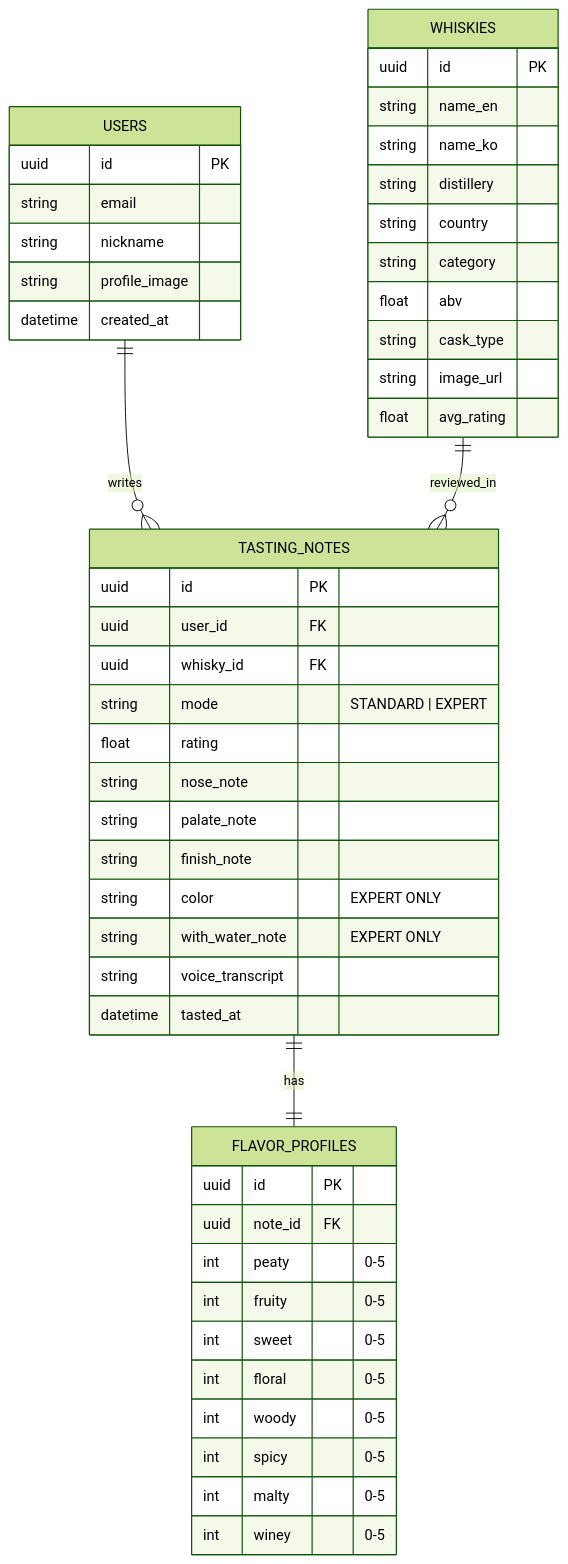
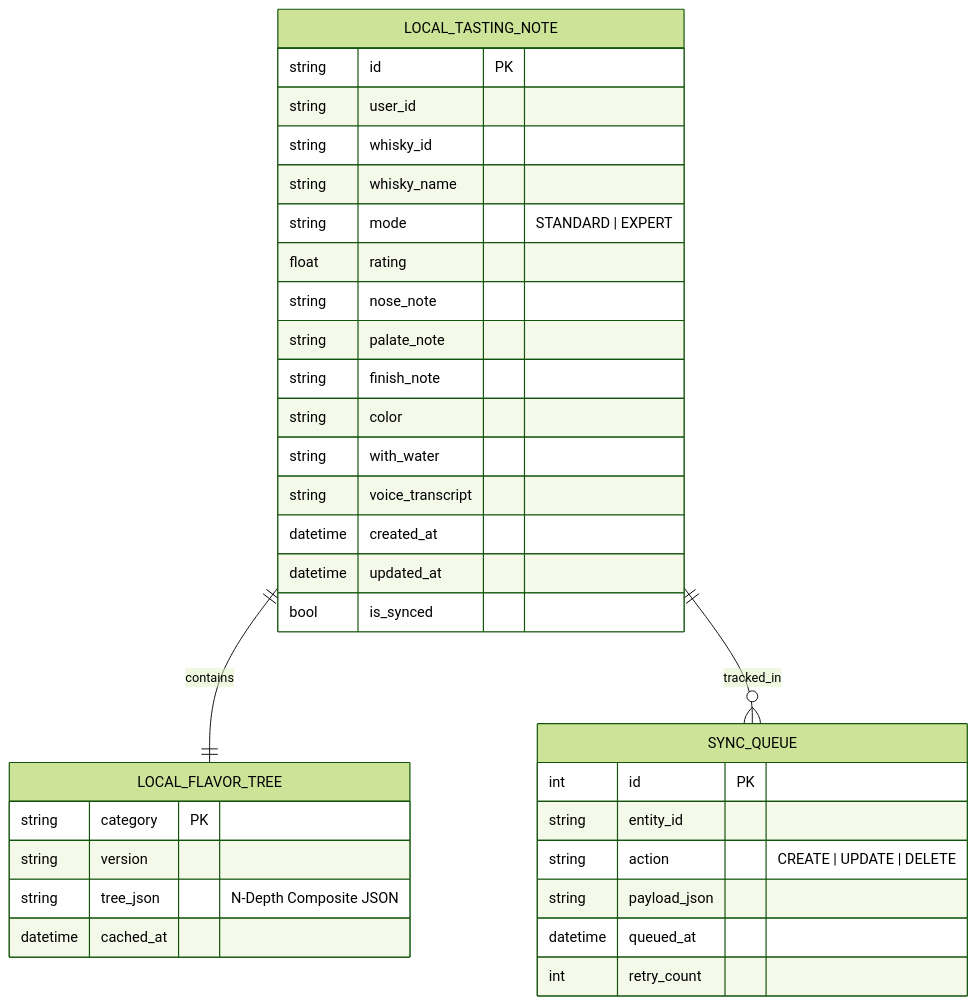
Before and after one commit to chanhooop/FlavorWheel: the fourth of 4 diagrams in README.md, drawn with Mermaid (forest theme). The commit also changed other lines of this file and 1 other file, not shown here.

Commit message:
feat: Offline-First 및 동적 N-Depth 향미 트리, 60fps 모션 시스템 설계서 및 프로토타입 반영

````diff
--- a/README.md
+++ b/README.md
@@ -164,55 +198,39 @@
 ```mermaid
 erDiagram
-    USERS ||--o{ TASTING_NOTES : writes
-    WHISKIES ||--o{ TASTING_NOTES : reviewed_in
-    TASTING_NOTES ||--|| FLAVOR_PROFILES : has
+    LOCAL_TASTING_NOTE ||--|| LOCAL_FLAVOR_TREE : contains
+    LOCAL_TASTING_NOTE ||--o{ SYNC_QUEUE : tracked_in
 
-    USERS {
-        uuid id PK
-        string email
-        string nickname
-        string profile_image
-        datetime created_at
-    }
-
-    WHISKIES {
-        uuid id PK
-        string name_en
-        string name_ko
-        string distillery
-        string country
-        string category
-        float abv
-        string cask_type
-        string image_url
-        float avg_rating
-    }
-
-    TASTING_NOTES {
-        uuid id PK
-        uuid user_id FK
-        uuid whisky_id FK
+    LOCAL_TASTING_NOTE {
+        string id PK
+        string user_id
+        string whisky_id
+        string whisky_name
         string mode "STANDARD | EXPERT"
         float rating
         string nose_note
         string palate_note
         string finish_note
-        string color "EXPERT ONLY"
-        string with_water_note "EXPERT ONLY"
+        string color
+        string with_water
         string voice_transcript
-        datetime tasted_at
+        datetime created_at
+        datetime updated_at
+        bool is_synced
     }
 
-    FLAVOR_PROFILES {
-        uuid id PK
-        uuid note_id FK
-        int peaty "0-5"
-        int fruity "0-5"
-        int sweet "0-5"
-        int floral "0-5"
-        int woody "0-5"
-        int spicy "0-5"
-        int malty "0-5"
-        int winey "0-5"
+    LOCAL_FLAVOR_TREE {
+        string category PK
+        string version
+        string tree_json "N-Depth Composite JSON"
+        datetime cached_at
+    }
+
+    SYNC_QUEUE {
+        int id PK
+        string entity_id
+        string action "CREATE | UPDATE | DELETE"
+        string payload_json
+        datetime queued_at
+        int retry_count
     }
 ```
````
